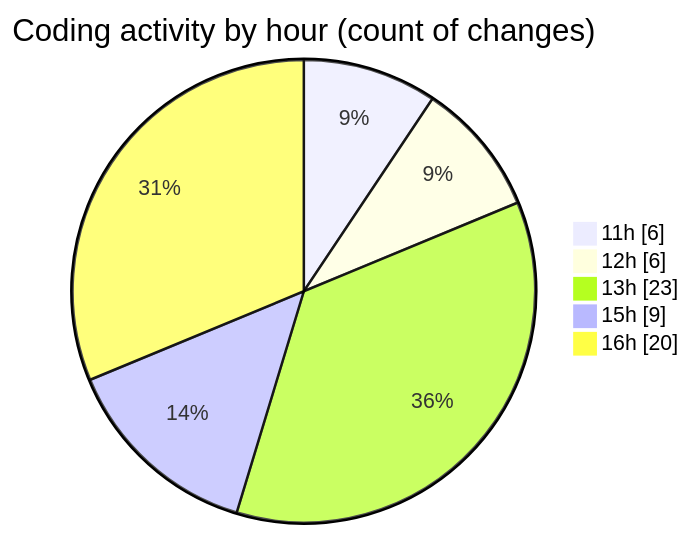
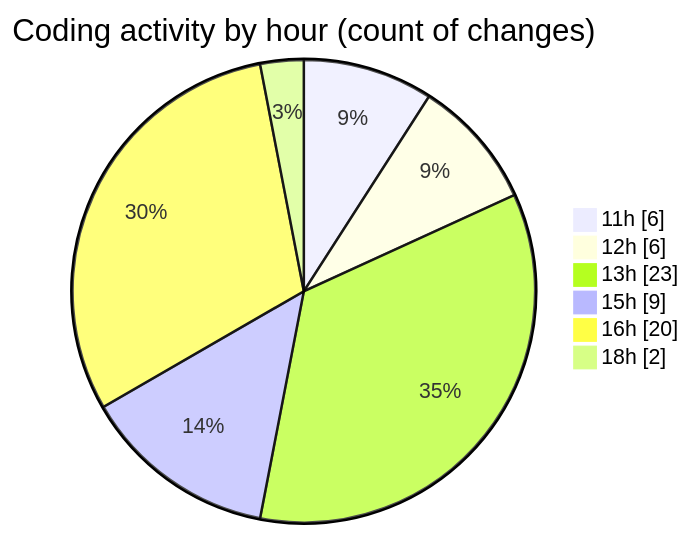
The second of 2 diagrams in 2025-05-30/nxtqube_webapp/README.md (nxtqubesakshisongat/code-tracking), drawn with Mermaid before and after one commit. The commit also changed other lines of this file and 1 other file, not shown here.

````diff
--- a/2025-05-30/nxtqube_webapp/README.md
+++ b/2025-05-30/nxtqube_webapp/README.md
@@ -35,9 +36,10 @@
 ```mermaid
 pie showData
 title Coding activity by hour (count of changes)
 "11h" : 6
 "12h" : 6
 "13h" : 23
 "15h" : 9
 "16h" : 20
+"18h" : 2
 ```
````
